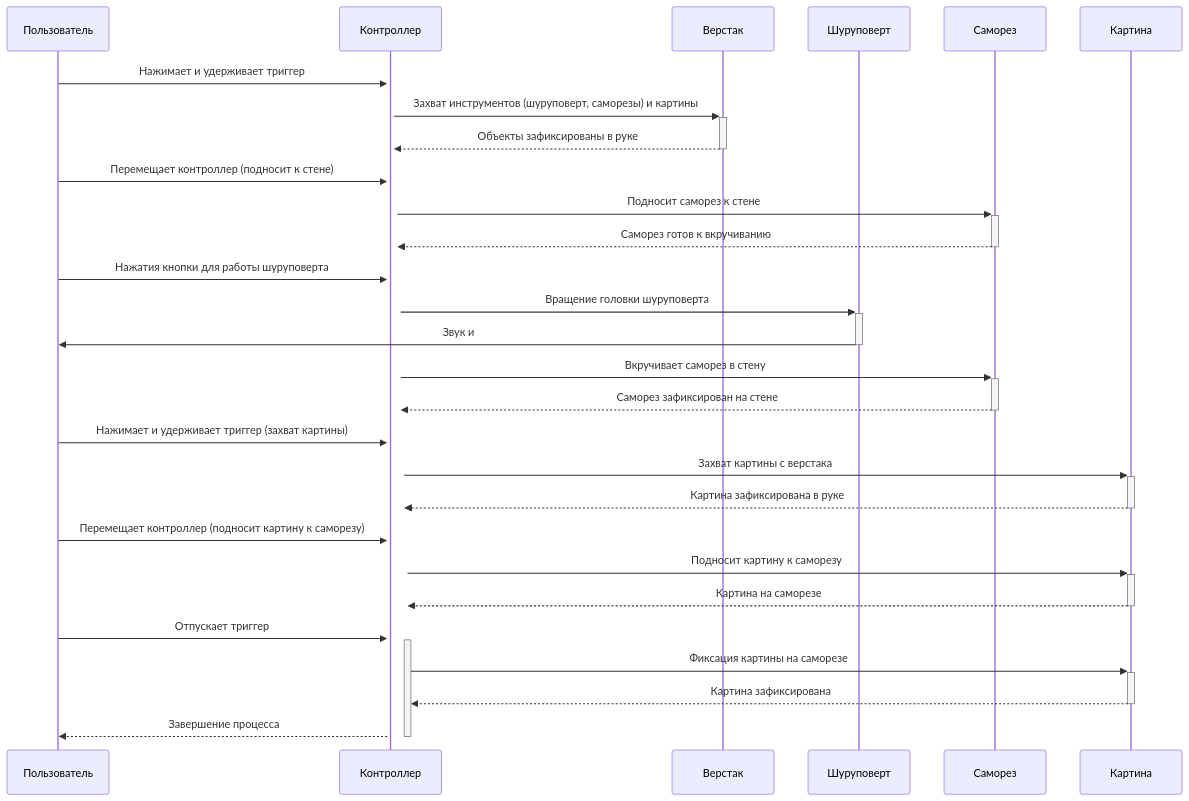
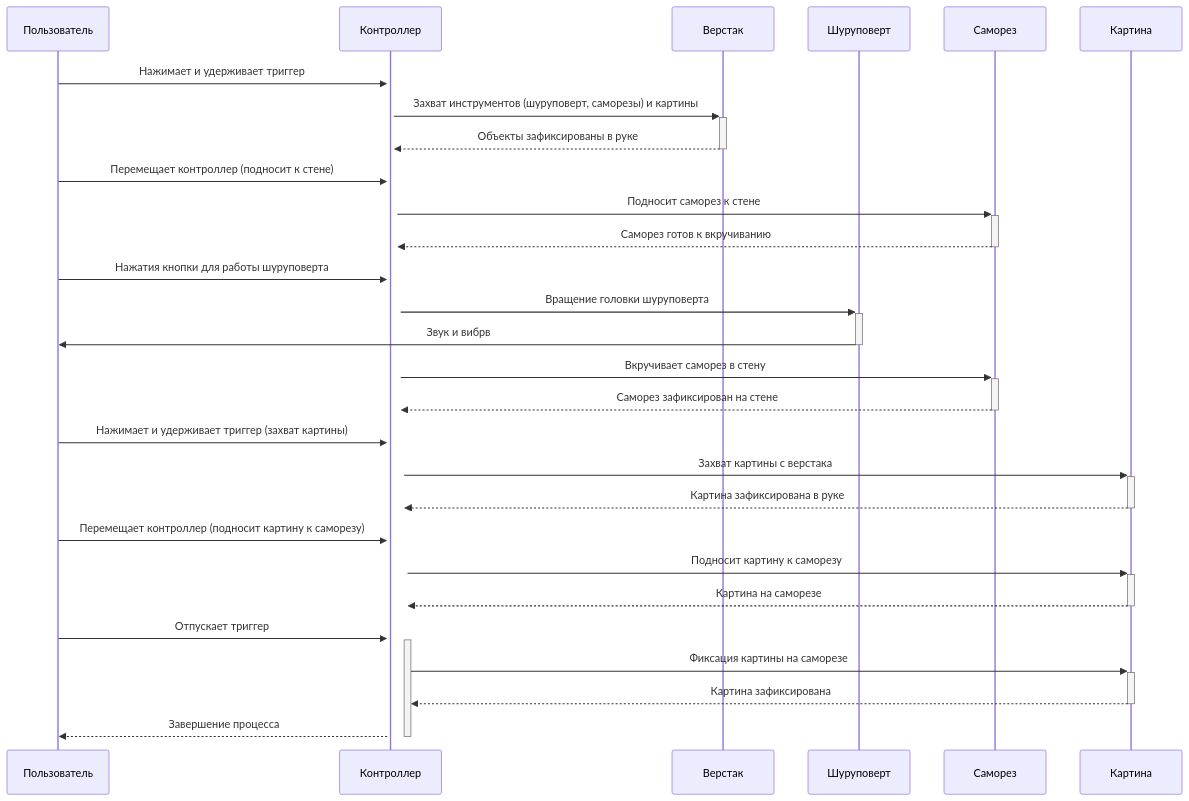
One commit to NerdyCep/iodraw-files changed the diagram in all/не называться-1.md. Above: the diagram before and after it, drawn with Mermaid.

Commit message:
2025-02-25 18:28:42 update

````diff
--- a/all/не называться-1.md
+++ b/all/не называться-1.md
@@ -1,32 +1,32 @@
 ```mermaid
 sequenceDiagram
     participant Пользователь
     participant Контроллер
     participant Верстак
     participant Шуруповерт
     participant Саморез
     participant Картина
     
 
     Пользователь->>+Контроллер: Нажимает и удерживает триггер
     Контроллер->>+Верстак: Захват инструментов (шуруповерт, саморезы) и картины
     Верстак-->>-Контроллер: Объекты зафиксированы в руке
     Пользователь->>+Контроллер: Перемещает контроллер (подносит к стене)
     Контроллер->>+Саморез: Подносит саморез к стене
     Саморез-->>-Контроллер: Саморез готов к вкручиванию
     Пользователь->>+Контроллер: Нажатия кнопки для работы шуруповерта
     Контроллер->>+Шуруповерт: Вращение головки шуруповерта
-    Шуруповерт->>-Пользователь: Звук и 
+    Шуруповерт->>-Пользователь: Звук и вибрв
     Контроллер->>+Саморез: Вкручивает саморез в стену
     Саморез-->>-Контроллер: Саморез зафиксирован на стене
     Пользователь->>+Контроллер: Нажимает и удерживает триггер (захват картины)
     Контроллер->>+Картина: Захват картины с верстака
     Картина-->>-Контроллер: Картина зафиксирована в руке
     Пользователь->>+Контроллер: Перемещает контроллер (подносит картину к саморезу)
     Контроллер->>+Картина: Подносит картину к саморезу
     Картина-->>-Контроллер: Картина на саморезе
     Пользователь->>+Контроллер: Отпускает триггер
     Контроллер->>+Картина: Фиксация картины на саморезе
     Картина-->>-Контроллер: Картина зафиксирована
     Контроллер-->>-Пользователь: Завершение процесса
 ```
````
